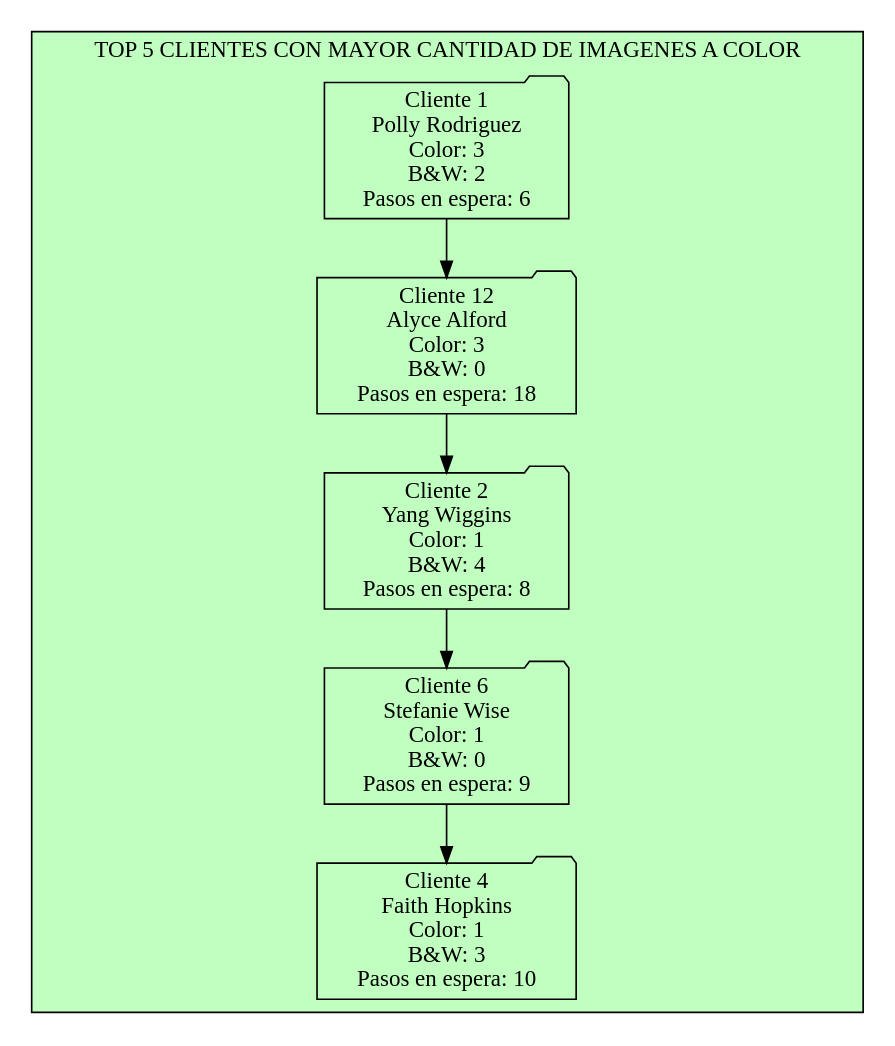
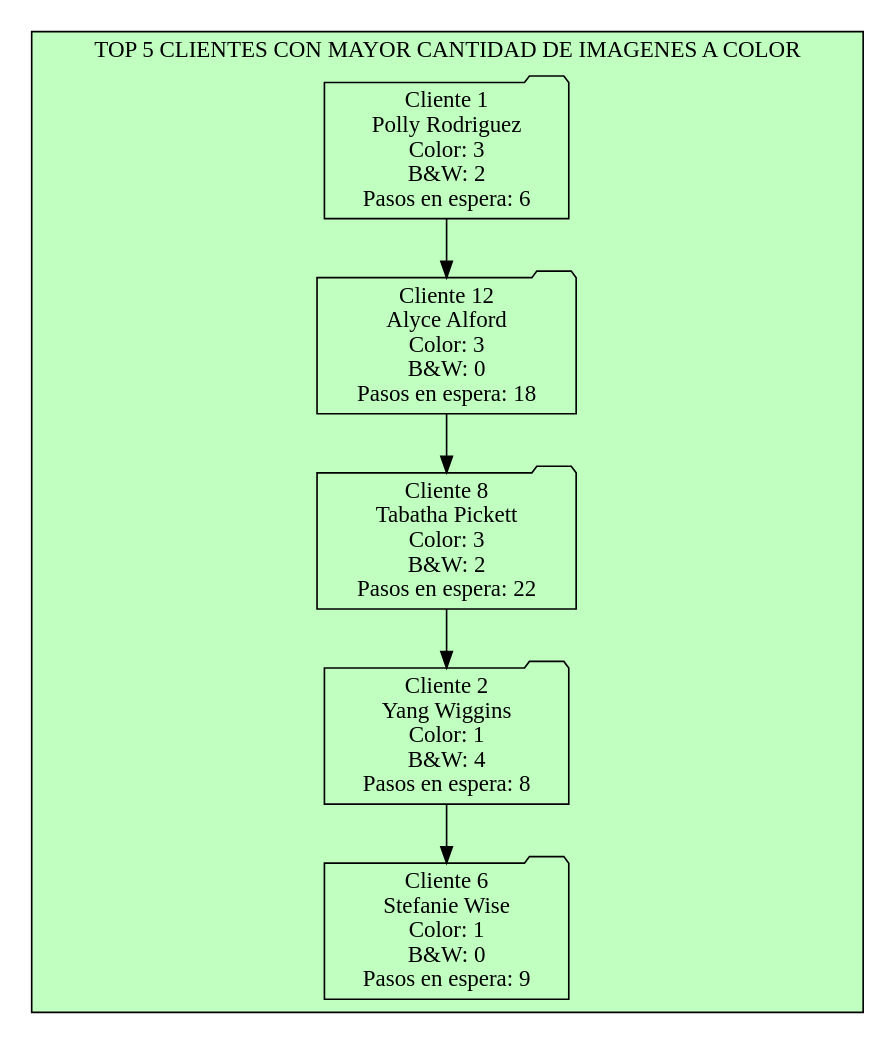
The diagram in EDD_UDRAWING_FASE_202003975/Top5_ImagenesColor.dot (diegomazariegos2002/EDD_UDRAWING_FASE_202003975), drawn with Graphviz before and after one commit. The commit also changed 19 other files, not shown here.

```diff
--- a/EDD_UDRAWING_FASE_202003975/Top5_ImagenesColor.dot
+++ b/EDD_UDRAWING_FASE_202003975/Top5_ImagenesColor.dot
@@ -1,16 +1,16 @@
 digraph G { 
 subgraph cluster_ClientesTOP{ 
 label="TOP 5 CLIENTES CON MAYOR CANTIDAD DE IMAGENES A COLOR"; 
 bgcolor="darkseagreen1"; 
 node[shape = box]; 
-Nodo293907205[shape=folder label="Cliente 1\nPolly Rodriguez \n Color: 3\n B&W: 2\nPasos en espera: 6"];
-Nodo1989184704[shape=folder label="Cliente 12\nAlyce Alford \n Color: 3\n B&W: 0\nPasos en espera: 18"];
-Nodo611572016[shape=folder label="Cliente 2\nYang Wiggins \n Color: 1\n B&W: 4\nPasos en espera: 8"];
-Nodo889486595[shape=folder label="Cliente 6\nStefanie Wise \n Color: 1\n B&W: 0\nPasos en espera: 9"];
-Nodo77269878[shape=folder label="Cliente 4\nFaith Hopkins \n Color: 1\n B&W: 3\nPasos en espera: 10"];
-Nodo293907205 -> Nodo1989184704 
-Nodo1989184704 -> Nodo611572016 
-Nodo611572016 -> Nodo889486595 
-Nodo889486595 -> Nodo77269878 
+Nodo726950788[shape=folder label="Cliente 1\nPolly Rodriguez \n Color: 3\n B&W: 2\nPasos en espera: 6"];
+Nodo125881207[shape=folder label="Cliente 12\nAlyce Alford \n Color: 3\n B&W: 0\nPasos en espera: 18"];
+Nodo1763344271[shape=folder label="Cliente 8\nTabatha Pickett \n Color: 3\n B&W: 2\nPasos en espera: 22"];
+Nodo1353170030[shape=folder label="Cliente 2\nYang Wiggins \n Color: 1\n B&W: 4\nPasos en espera: 8"];
+Nodo370869802[shape=folder label="Cliente 6\nStefanie Wise \n Color: 1\n B&W: 0\nPasos en espera: 9"];
+Nodo726950788 -> Nodo125881207 
+Nodo125881207 -> Nodo1763344271 
+Nodo1763344271 -> Nodo1353170030 
+Nodo1353170030 -> Nodo370869802 
 }rankdir = TB;
 }
```
